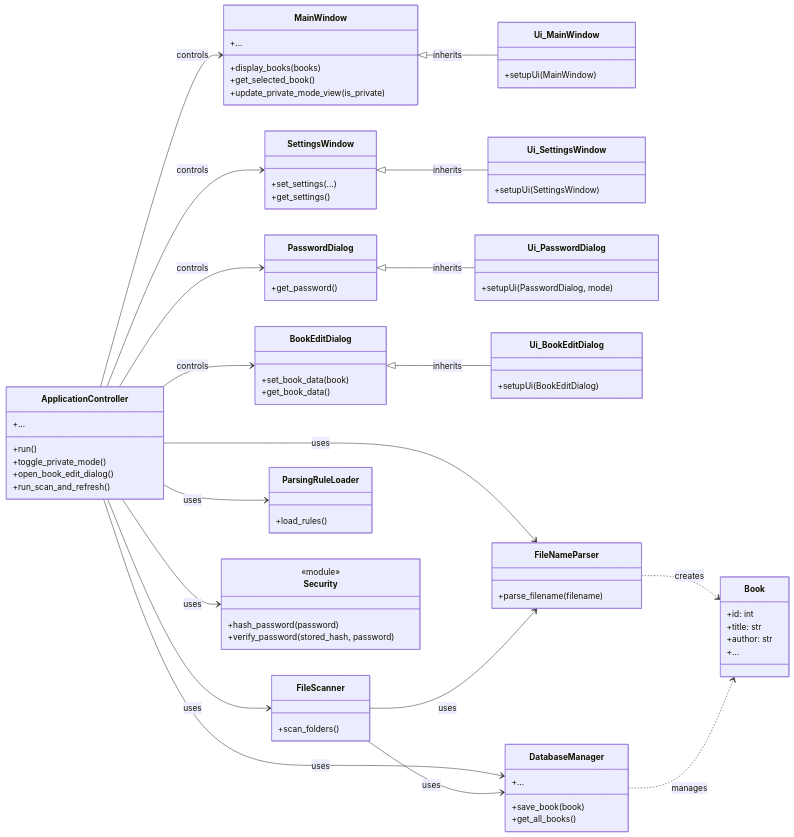
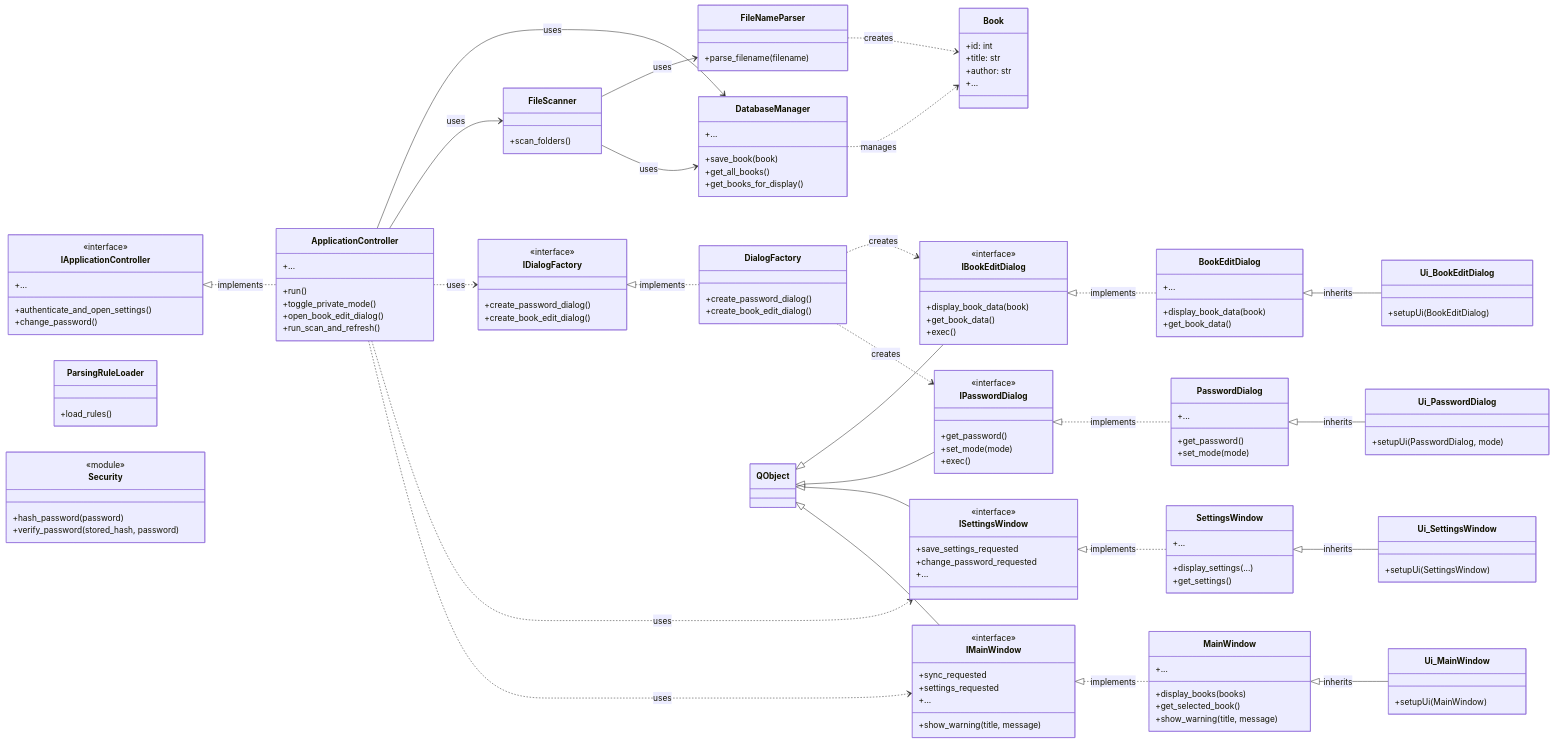
Before and after one commit to IkuseTohki/Cristalib: the diagram in spec/design/class_diagram.md, drawn with Mermaid. The commit also changed other lines of this file, not shown here.

Commit message:
クラス図を更新

```diff
--- a/spec/design/class_diagram.md
+++ b/spec/design/class_diagram.md
@@ -21,23 +34,73 @@
         }
     end
 
+    subgraph Factories
+        class DialogFactory {
+            +create_password_dialog()
+            +create_book_edit_dialog()
+        }
+    end
+
+    subgraph Interfaces
+        class IDialogFactory {
+            <<interface>>
+            +create_password_dialog()
+            +create_book_edit_dialog()
+        }
+        class IMainWindow {
+            <<interface>>
+            +sync_requested
+            +settings_requested
+            +show_warning(title, message)
+            +...
+        }
+        class ISettingsWindow {
+            <<interface>>
+            +save_settings_requested
+            +change_password_requested
+            +...
+        }
+        class IPasswordDialog {
+            <<interface>>
+            +get_password()
+            +set_mode(mode)
+            +exec()
+        }
+        class IBookEditDialog {
+            <<interface>>
+            +display_book_data(book)
+            +get_book_data()
+            +exec()
+        }
+        class IApplicationController {
+            <<interface>>
+            +authenticate_and_open_settings()
+            +change_password()
+            +...
+        }
+    end
+
     subgraph View_Logic
         class MainWindow {
             +display_books(books)
             +get_selected_book()
-            +update_private_mode_view(is_private)
+            +show_warning(title, message)
             +...
         }
         class SettingsWindow {
-            +set_settings(...)
+            +display_settings(...)
             +get_settings()
+            +...
         }
         class PasswordDialog {
             +get_password()
+            +set_mode(mode)
+            +...
         }
         class BookEditDialog {
-            +set_book_data(book)
+            +display_book_data(book)
             +get_book_data()
+            +...
         }
     end
 
@@ -60,6 +123,7 @@
         class DatabaseManager {
             +save_book(book)
             +get_all_books()
+            +get_books_for_display()
             +...
         }
         class FileNameParser {
@@ -88,15 +152,26 @@
     end
 
     %% --- Relationships ---
-    ApplicationController --> MainWindow : controls
-    ApplicationController --> SettingsWindow : controls
-    ApplicationController --> PasswordDialog : controls
-    ApplicationController --> BookEditDialog : controls
+    QObject <|-- IMainWindow
+    QObject <|-- ISettingsWindow
+    QObject <|-- IPasswordDialog
+    QObject <|-- IBookEditDialog
+
+    IMainWindow <|.. MainWindow : implements
+    ISettingsWindow <|.. SettingsWindow : implements
+    IPasswordDialog <|.. PasswordDialog : implements
+    IBookEditDialog <|.. BookEditDialog : implements
+    IApplicationController <|.. ApplicationController : implements
+    IDialogFactory <|.. DialogFactory : implements
+
+    ApplicationController ..> IMainWindow : uses
+    ApplicationController ..> ISettingsWindow : uses
+    ApplicationController ..> IDialogFactory : uses
     ApplicationController --> FileScanner : uses
     ApplicationController --> DatabaseManager : uses
-    ApplicationController --> FileNameParser : uses
-    ApplicationController --> ParsingRuleLoader : uses
-    ApplicationController --> Security : uses
+
+    DialogFactory ..> IPasswordDialog : creates
+    DialogFactory ..> IBookEditDialog : creates
 
     MainWindow <|-- Ui_MainWindow : inherits
     SettingsWindow <|-- Ui_SettingsWindow : inherits
```
